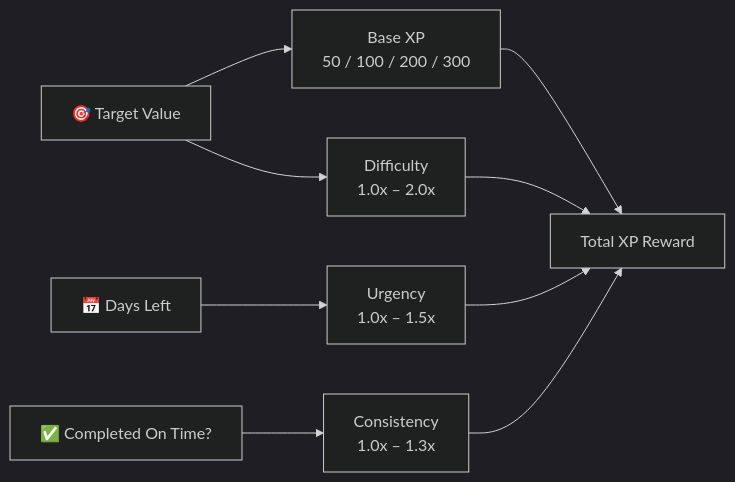
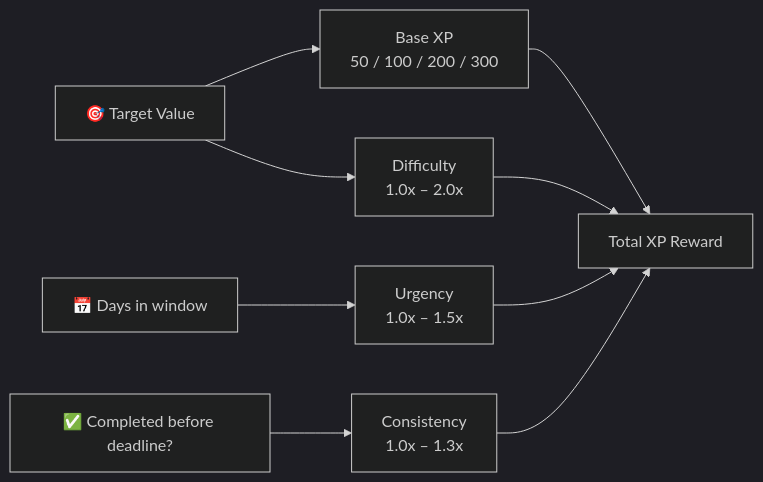
One commit to AndDev741/Beyou-arch-design changed the second of 5 diagrams in architecture/domain-model/en.md. Above: the diagram before and after it, drawn with Mermaid (dark theme). The commit also changed other lines of this file and 3 other files, not shown here.

First line of the commit message:
docs(architecture): bring the domain model up to the real entity set

````diff
--- a/architecture/domain-model/en.md
+++ b/architecture/domain-model/en.md
@@ -175,11 +150,11 @@
 ```mermaid
 flowchart LR
   TV["🎯 Target Value"] --> BASE["Base XP<br/>50 / 100 / 200 / 300"]
   TV --> DIFF["Difficulty<br/>1.0x – 2.0x"]
-  DL["📅 Days Left"] --> URG["Urgency<br/>1.0x – 1.5x"]
-  CD["✅ Completed On Time?"] --> CON["Consistency<br/>1.0x – 1.3x"]
+  DL["📅 Days in window"] --> URG["Urgency<br/>1.0x – 1.5x"]
+  CD["✅ Completed before deadline?"] --> CON["Consistency<br/>1.0x – 1.3x"]
   BASE --> TOTAL["Total XP Reward"]
   DIFF --> TOTAL
   URG --> TOTAL
   CON --> TOTAL
 ```
````
